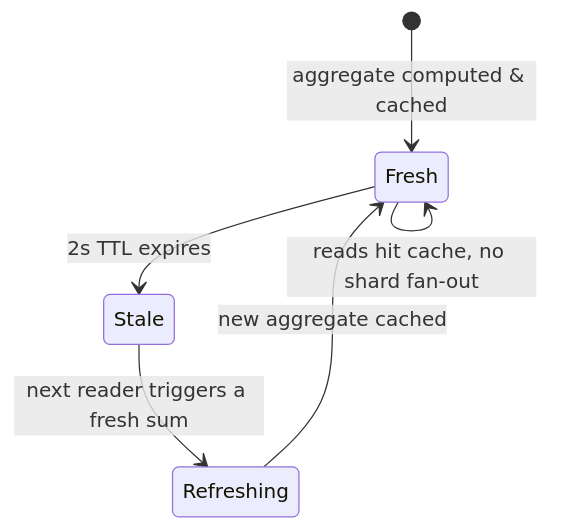
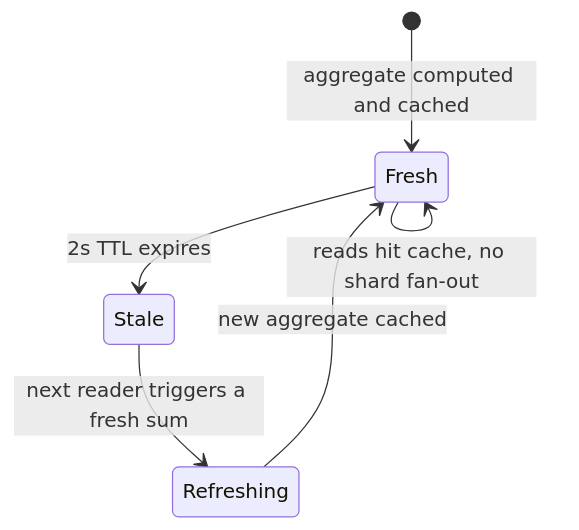
One commit to riyaz-pasha/Learnings changed the sixth of 12 diagrams in system-design/HLD/0-course/24-Sharded-Counters-FAANG-Guide-story.md. Above: the diagram before and after it, drawn with Mermaid. The commit also changed other lines of this file and 1 other file, not shown here.

````diff
--- a/system-design/HLD/0-course/24-Sharded-Counters-FAANG-Guide-story.md
+++ b/system-design/HLD/0-course/24-Sharded-Counters-FAANG-Guide-story.md
@@ -142,8 +247,8 @@
 ```mermaid
 stateDiagram-v2
-    [*] --> Fresh: aggregate computed & cached
-    Fresh --> Stale: 2s TTL expires
-    Stale --> Refreshing: next reader triggers a fresh sum
-    Refreshing --> Fresh: new aggregate cached
-    Fresh --> Fresh: reads hit cache, no shard fan-out
+    [*] --> Fresh : aggregate computed and cached
+    Fresh --> Stale : 2s TTL expires
+    Stale --> Refreshing : next reader triggers a fresh sum
+    Refreshing --> Fresh : new aggregate cached
+    Fresh --> Fresh : reads hit cache, no shard fan-out
 ```
````
